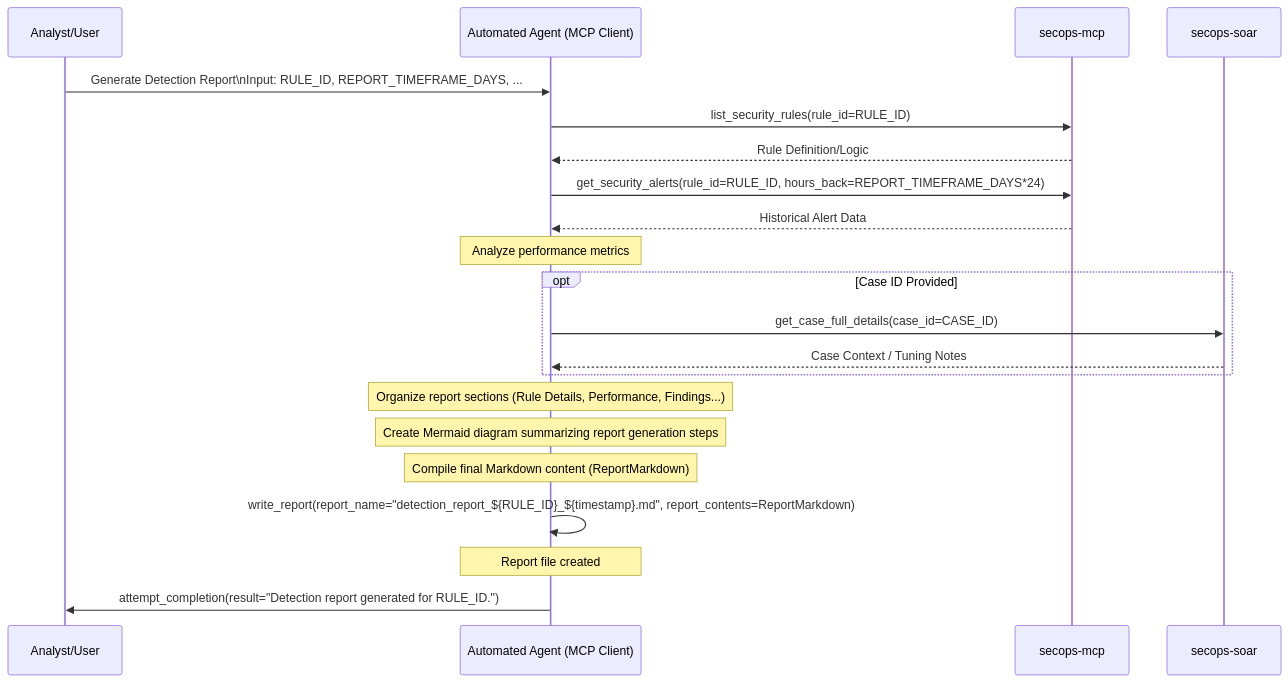
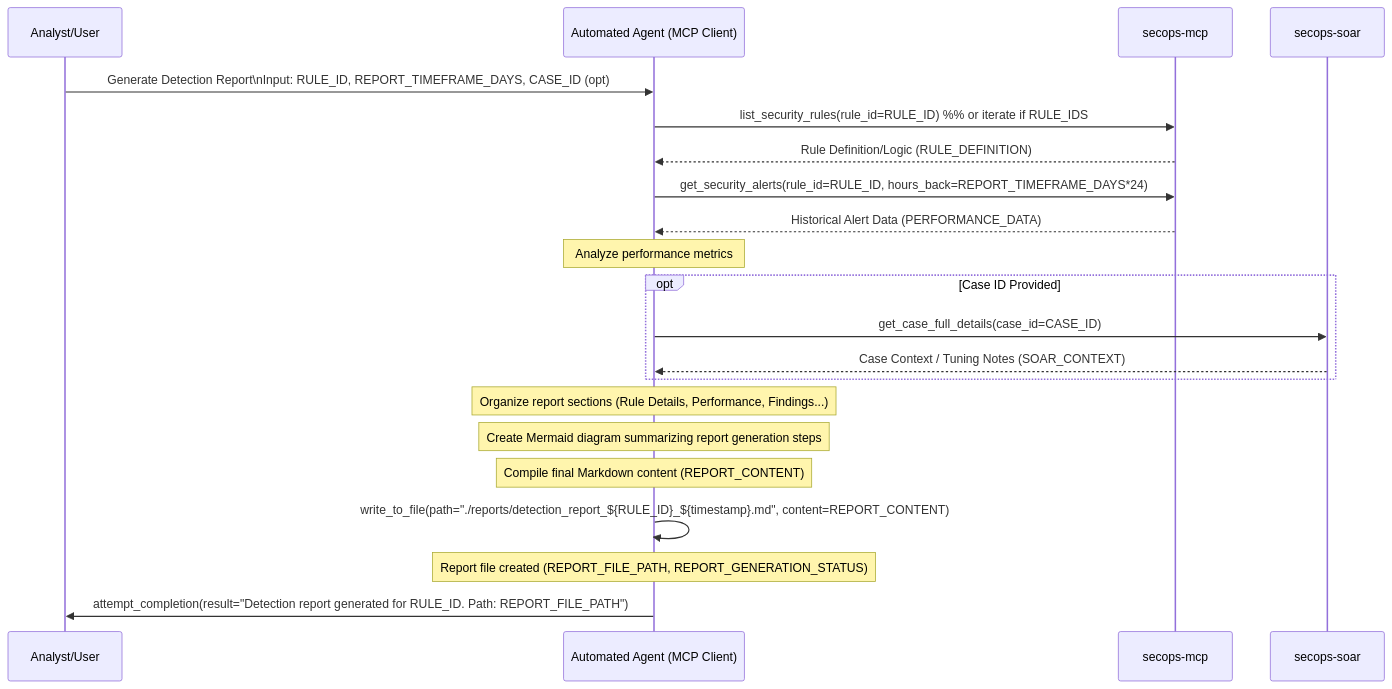
Before and after one commit to dandye/adk_runbooks: the diagram in rules-bank/run_books/detection_report.md, drawn with Mermaid. The commit also changed other lines of this file, not shown here.

````diff
--- a/rules-bank/run_books/detection_report.md
+++ b/rules-bank/run_books/detection_report.md
@@ -33,36 +52,36 @@
 ```{mermaid}
 sequenceDiagram
     participant Analyst/User
     participant AutomatedAgent as Automated Agent (MCP Client)
     participant SIEM as secops-mcp
     participant SOAR as secops-soar
 
-    Analyst/User->>AutomatedAgent: Generate Detection Report\nInput: RULE_ID, REPORT_TIMEFRAME_DAYS, ...
+    Analyst/User->>AutomatedAgent: Generate Detection Report\nInput: RULE_ID, REPORT_TIMEFRAME_DAYS, CASE_ID (opt)
 
     %% Step 1: Gather Rule Details
-    AutomatedAgent->>SIEM: list_security_rules(rule_id=RULE_ID)
-    SIEM-->>AutomatedAgent: Rule Definition/Logic
+    AutomatedAgent->>SIEM: list_security_rules(rule_id=RULE_ID) %% or iterate if RULE_IDS
+    SIEM-->>AutomatedAgent: Rule Definition/Logic (RULE_DEFINITION)
 
     %% Step 2: Gather Performance Data
     AutomatedAgent->>SIEM: get_security_alerts(rule_id=RULE_ID, hours_back=REPORT_TIMEFRAME_DAYS*24)
-    SIEM-->>AutomatedAgent: Historical Alert Data
+    SIEM-->>AutomatedAgent: Historical Alert Data (PERFORMANCE_DATA)
     Note over AutomatedAgent: Analyze performance metrics
 
     %% Step 3: Gather Context (Optional)
     opt Case ID Provided
         AutomatedAgent->>SOAR: get_case_full_details(case_id=CASE_ID)
-        SOAR-->>AutomatedAgent: Case Context / Tuning Notes
+        SOAR-->>AutomatedAgent: Case Context / Tuning Notes (SOAR_CONTEXT)
     end
 
     %% Step 4 & 5: Structure Report & Generate Diagram
     Note over AutomatedAgent: Organize report sections (Rule Details, Performance, Findings...)
     Note over AutomatedAgent: Create Mermaid diagram summarizing report generation steps
 
     %% Step 6 & 7: Format & Write Report
-    Note over AutomatedAgent: Compile final Markdown content (ReportMarkdown)
-    AutomatedAgent->>AutomatedAgent: write_report(report_name="detection_report_${RULE_ID}_${timestamp}.md", report_contents=ReportMarkdown)
-    Note over AutomatedAgent: Report file created
+    Note over AutomatedAgent: Compile final Markdown content (REPORT_CONTENT)
+    AutomatedAgent->>AutomatedAgent: write_to_file(path="./reports/detection_report_${RULE_ID}_${timestamp}.md", content=REPORT_CONTENT)
+    Note over AutomatedAgent: Report file created (REPORT_FILE_PATH, REPORT_GENERATION_STATUS)
 
-    AutomatedAgent->>Analyst/User: attempt_completion(result="Detection report generated for RULE_ID.")
+    AutomatedAgent->>Analyst/User: attempt_completion(result="Detection report generated for RULE_ID. Path: REPORT_FILE_PATH")
 
 ```
````
